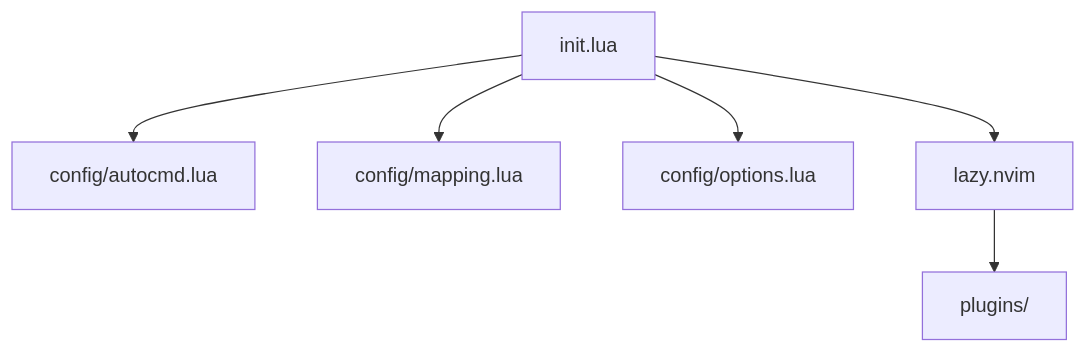
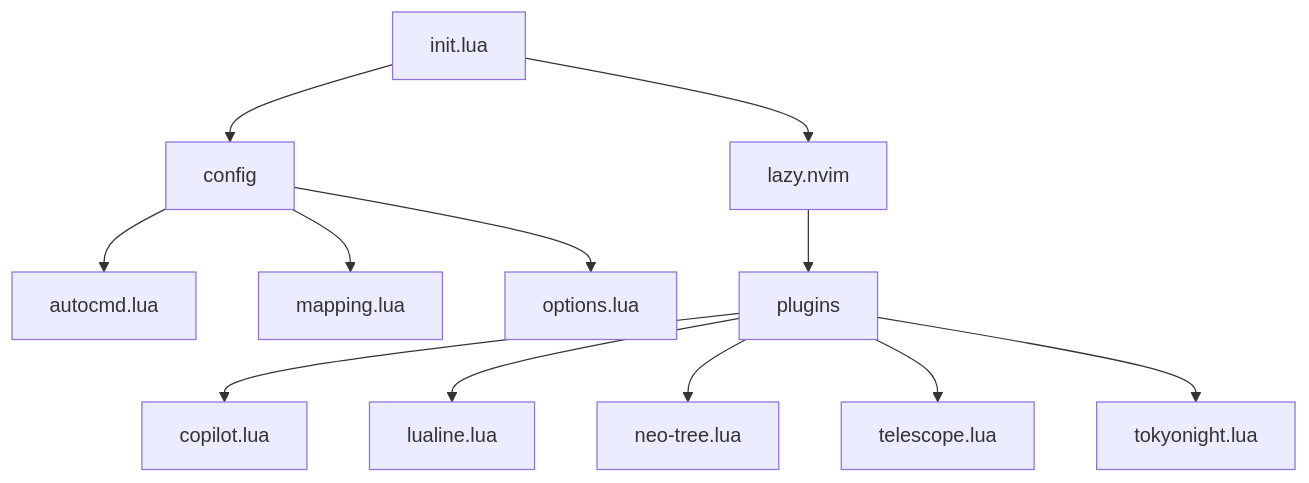
Before and after one commit to FukeKazki/nvim-lua-config: the diagram in README.md, drawn with Mermaid.

````diff
--- a/README.md
+++ b/README.md
@@ -2,9 +2,18 @@
 ```mermaid
 graph TD;
-init.lua --> config/autocmd.lua
-init.lua --> config/mapping.lua
-init.lua --> config/options.lua
+init.lua --> config
+
+config --> autocmd.lua
+config --> mapping.lua
+config --> options.lua
 
 init.lua --> lazy.nvim
-lazy.nvim --> plugins/
+
+lazy.nvim --> plugins
+
+plugins --> copilot.lua
+plugins --> lualine.lua
+plugins --> neo-tree.lua
+plugins --> telescope.lua
+plugins --> tokyonight.lua
 ```
````
